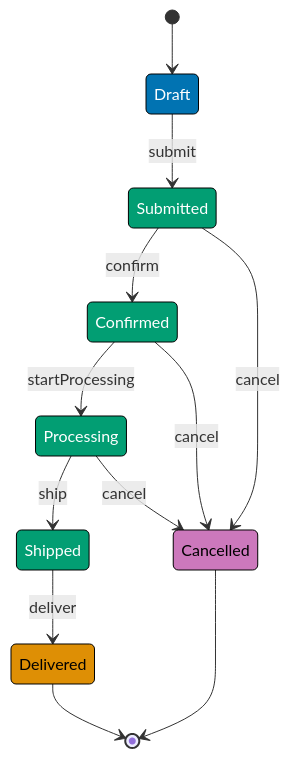
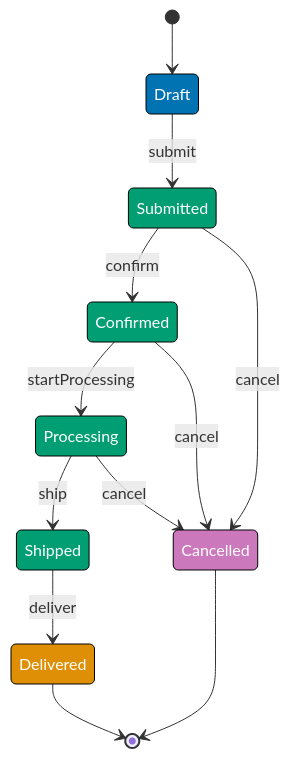
The sixth of 7 diagrams in apps/ayokoding-web/content/en/learn/software-engineering/architecture/finite-state-machine-fsm/by-example/intermediate.md (wahidyankf/open-sharia-enterprise), drawn with Mermaid before and after one commit. The commit also changed other lines of this file and 61 other files, not shown here.

First line of the commit message:
fix(ayokoding-web): quote Mermaid node labels with special characters in Example 63

````diff
--- a/apps/ayokoding-web/content/en/learn/software-engineering/architecture/finite-state-machine-fsm/by-example/intermediate.md
+++ b/apps/ayokoding-web/content/en/learn/software-engineering/architecture/finite-state-machine-fsm/by-example/intermediate.md
@@ -3460,25 +3460,25 @@
 ```mermaid
 stateDiagram-v2
     [*] --> Draft
     Draft --> Submitted: submit
     Submitted --> Confirmed: confirm
     Confirmed --> Processing: startProcessing
     Processing --> Shipped: ship
     Shipped --> Delivered: deliver
     Delivered --> [*]
 
     Submitted --> Cancelled: cancel
     Confirmed --> Cancelled: cancel
     Processing --> Cancelled: cancel
     Cancelled --> [*]
 
     classDef draftState fill:#0173B2,stroke:#000,color:#fff
     classDef activeState fill:#029E73,stroke:#000,color:#fff
-    classDef terminalState fill:#DE8F05,stroke:#000,color:#000
-    classDef cancelledState fill:#CC78BC,stroke:#000,color:#000
+    classDef terminalState fill:#DE8F05,stroke:#000,color:#fff
+    classDef cancelledState fill:#CC78BC,stroke:#000,color:#fff
 
     class Draft draftState
     class Submitted,Confirmed,Processing,Shipped activeState
     class Delivered terminalState
     class Cancelled cancelledState
 ```
````
